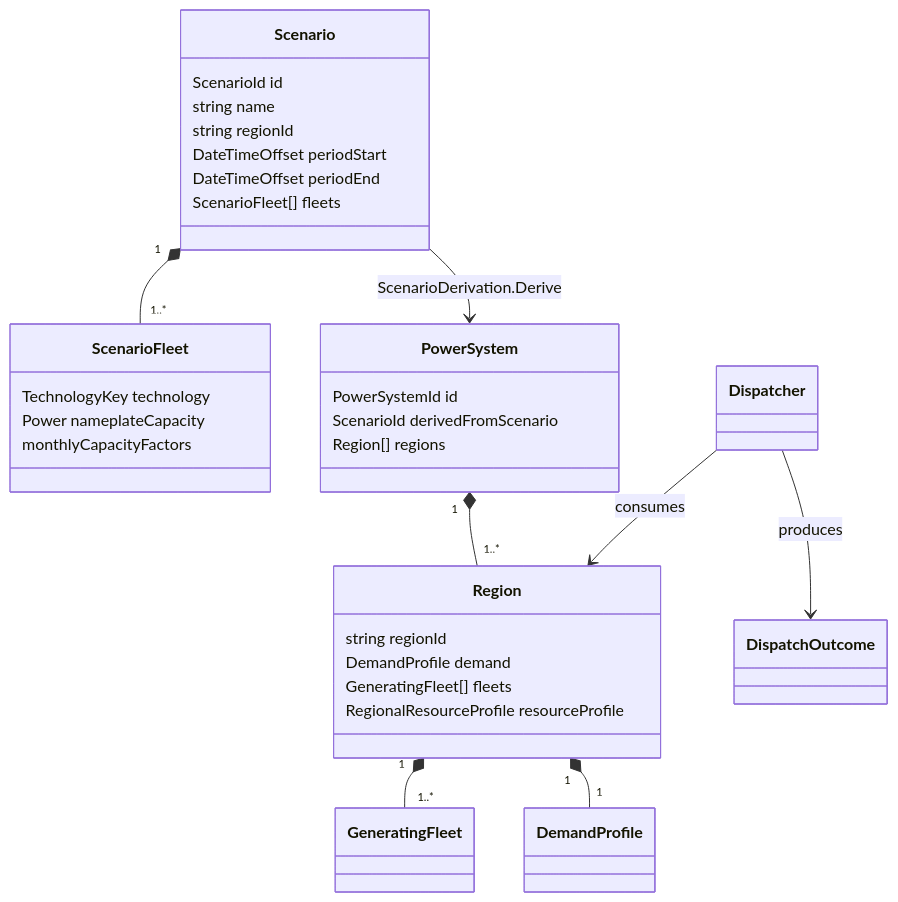
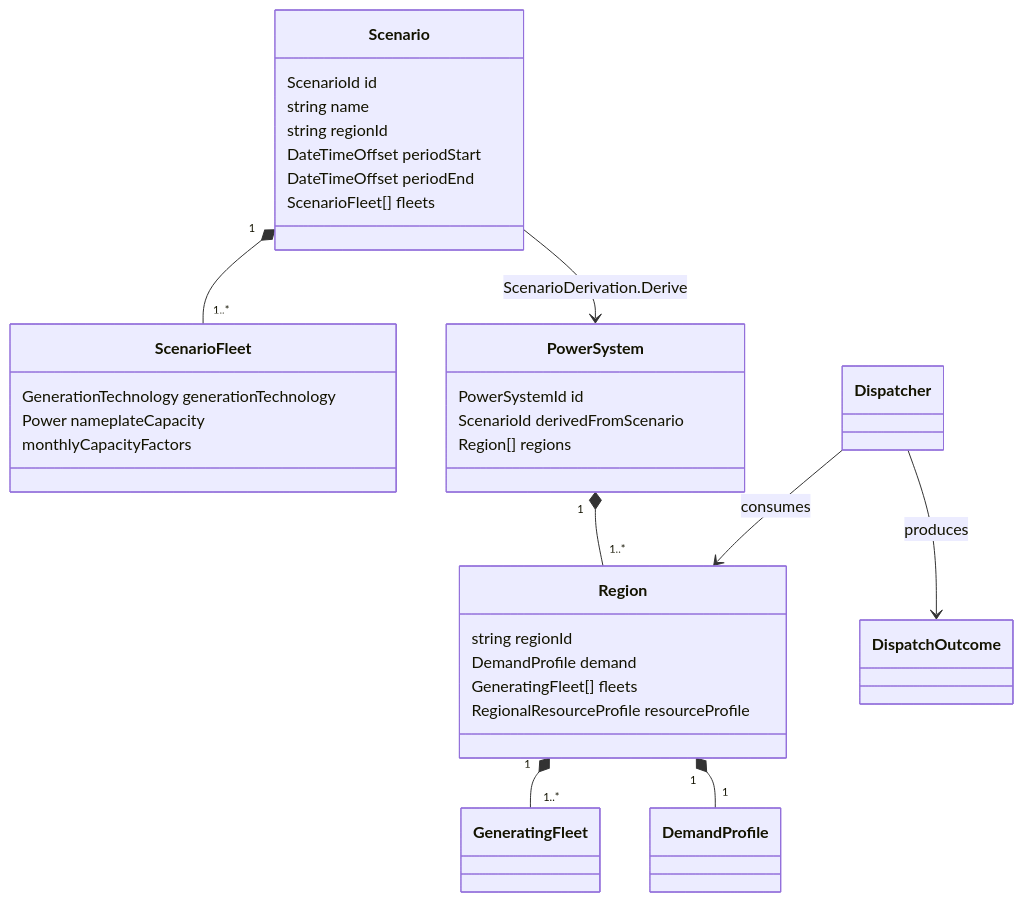
Before and after one commit to HasinthaAttanayake/NEMSweep: the diagram in docs/domain-model.md, drawn with Mermaid. The commit also changed other lines of this file and 19 other files, not shown here.

````diff
--- a/docs/domain-model.md
+++ b/docs/domain-model.md
@@ -7,36 +7,36 @@
 ```mermaid
 classDiagram
     class Scenario {
         ScenarioId id
         string name
         string regionId
         DateTimeOffset periodStart
         DateTimeOffset periodEnd
         ScenarioFleet[] fleets
     }
     class ScenarioFleet {
-        TechnologyKey technology
+        GenerationTechnology generationTechnology
         Power nameplateCapacity
         monthlyCapacityFactors
     }
     class PowerSystem {
         PowerSystemId id
         ScenarioId derivedFromScenario
         Region[] regions
     }
     class Region {
         string regionId
         DemandProfile demand
         GeneratingFleet[] fleets
         RegionalResourceProfile resourceProfile
     }
     class DispatchOutcome
 
     Scenario "1" *-- "1..*" ScenarioFleet
     Scenario --> PowerSystem : ScenarioDerivation.Derive
     PowerSystem "1" *-- "1..*" Region
     Region "1" *-- "1..*" GeneratingFleet
     Region "1" *-- "1" DemandProfile
     Dispatcher --> Region : consumes
     Dispatcher --> DispatchOutcome : produces
 ```
````
